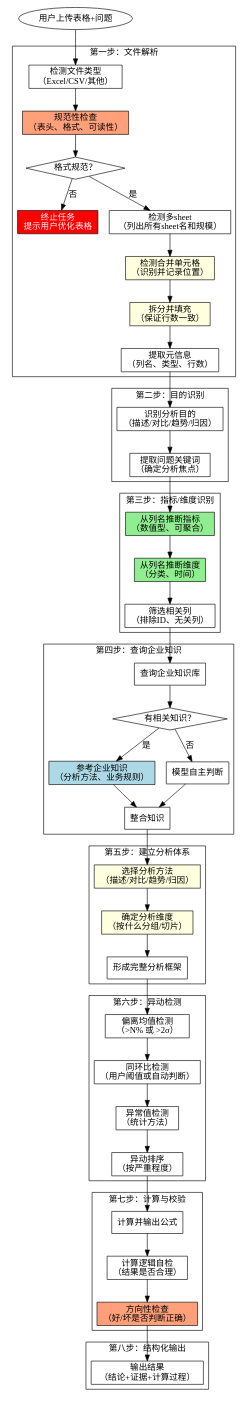
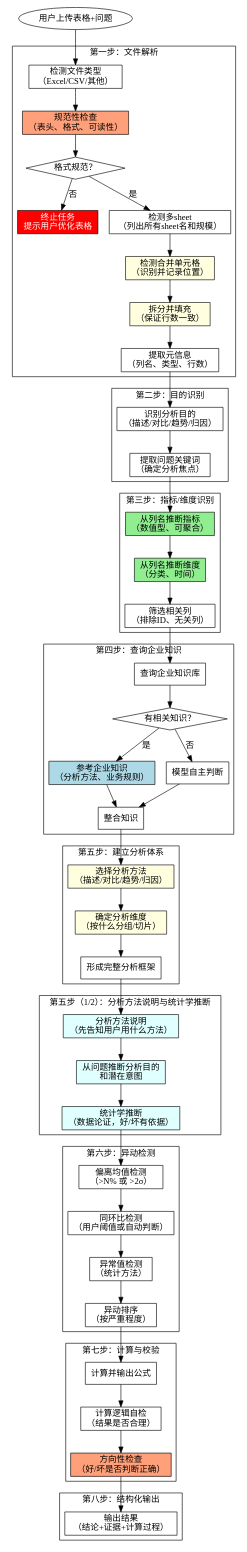
One commit to damonlinyz/skill_mp changed the diagram in table-data-analysis-pe-skill.md. Above: the diagram before and after it, drawn with Graphviz. The commit also changed other lines of this file, not shown here.

```diff
--- a/table-data-analysis-pe-skill.md
+++ b/table-data-analysis-pe-skill.md
@@ -74,6 +74,13 @@
         define_system [label="形成完整分析框架" shape=box];
     }
 
+    subgraph cluster_4_5 {
+        label="第五步（1/2）：分析方法说明与统计学推断";
+        explain_methods [label="分析方法说明\n（先告知用户用什么方法）" shape=box style=filled fillcolor=lightcyan];
+        infer_purpose [label="从问题推断分析目的\n和潜在意图" shape=box style=filled fillcolor=lightcyan];
+        statistical_inference [label="统计学推断\n（数据论证，好/坏有依据）" shape=box style=filled fillcolor=lightcyan];
+    }
+
     subgraph cluster_5 {
         label="第六步：异动检测";
         check_deviation [label="偏离均值检测\n（>N% 或 >2σ）" shape=box];
@@ -116,7 +123,10 @@
     merge_knowledge -> select_methods;
     select_methods -> select_dims;
     select_dims -> define_system;
-    define_system -> check_deviation;
+    define_system -> explain_methods;
+    explain_methods -> infer_purpose;
+    infer_purpose -> statistical_inference;
+    statistical_inference -> check_deviation;
     check_deviation -> check_trend;
     check_trend -> check_outlier;
     check_outlier -> rank_anomalies;
```
